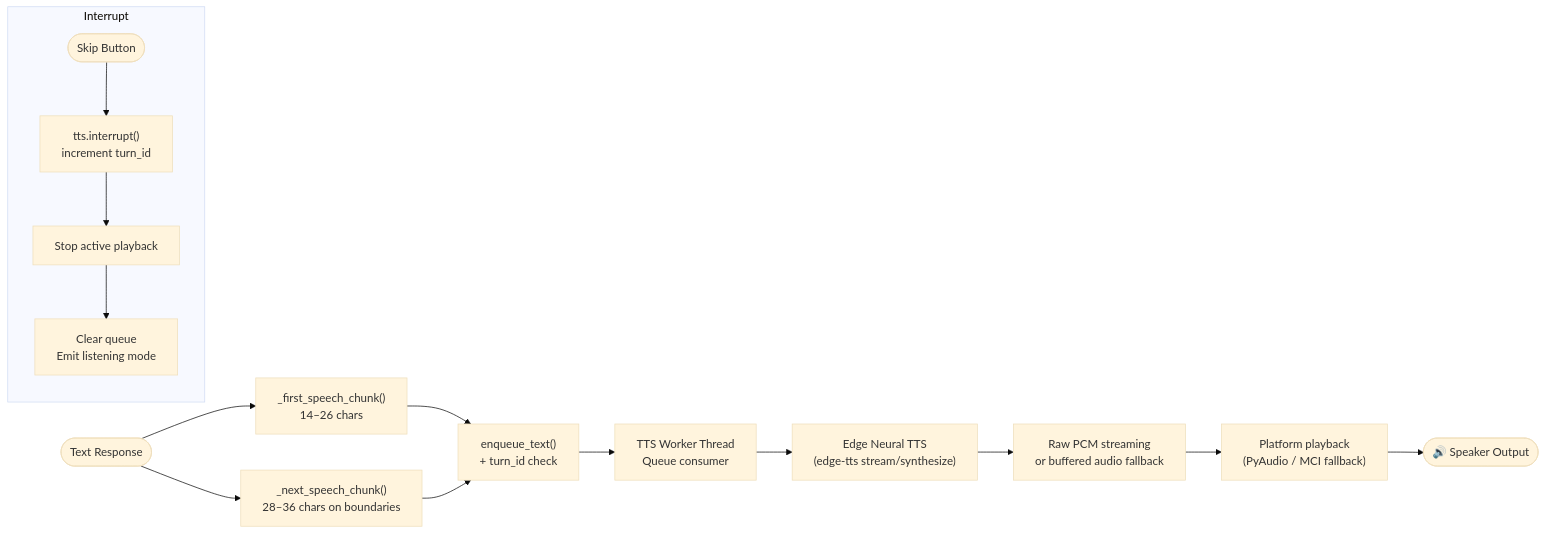
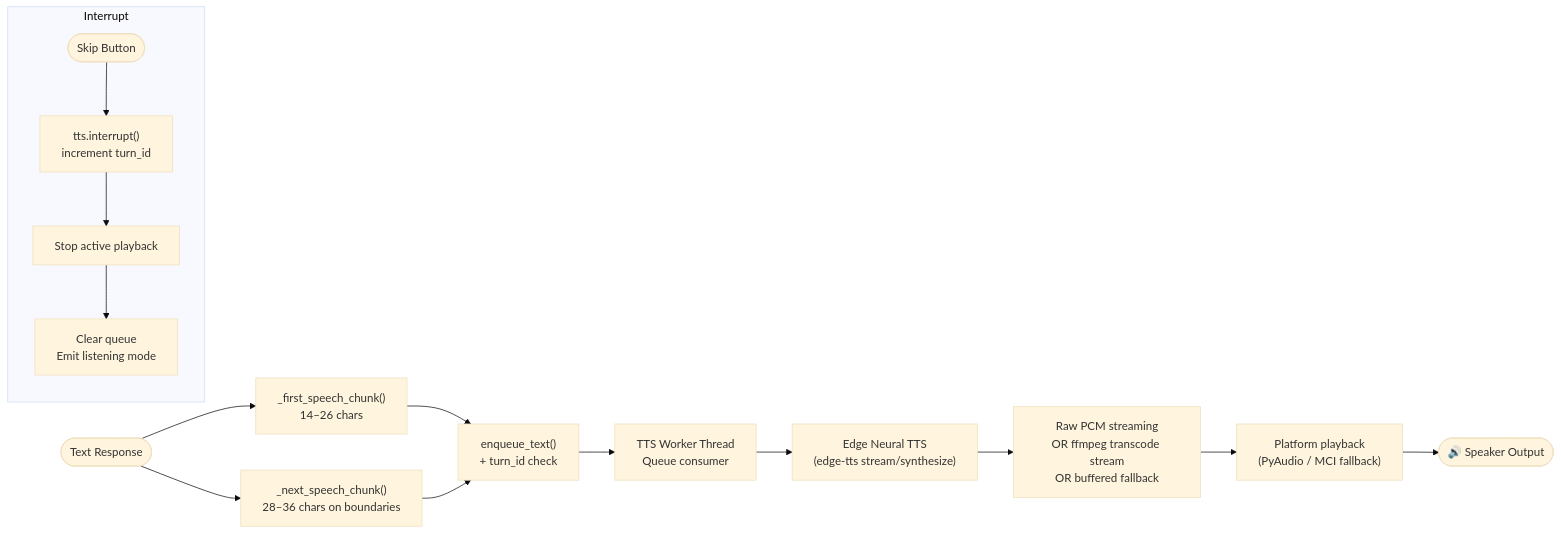
One commit to deepakrakshit/jarvis changed the seventh of 8 diagrams in docs/ARCHITECTURE.md. Above: the diagram before and after it, drawn with Mermaid (base theme). The commit also changed 8 other files, not shown here.

First line of the commit message:
fix(tts): eliminate latency, crackling, and audio truncation with streaming pipeline overhaul

````diff
--- a/docs/ARCHITECTURE.md
+++ b/docs/ARCHITECTURE.md
@@ -209,19 +209,19 @@
 ```mermaid
 flowchart LR
     A(["Text Response"]) --> B["_first_speech_chunk()\n14–26 chars"]
     B --> C["enqueue_text()\n+ turn_id check"]
     C --> D["TTS Worker Thread\nQueue consumer"]
     D --> E["Edge Neural TTS\n(edge-tts stream/synthesize)"]
-    E --> F["Raw PCM streaming\nor buffered audio fallback"]
+    E --> F["Raw PCM streaming\nOR ffmpeg transcode stream\nOR buffered fallback"]
     F --> G["Platform playback\n(PyAudio / MCI fallback)"]
     G --> H(["🔊 Speaker Output"])
 
     A --> I["_next_speech_chunk()\n28–36 chars on boundaries"]
     I --> C
 
     subgraph Interrupt
         J(["Skip Button"]) --> K["tts.interrupt()\nincrement turn_id"]
         K --> L["Stop active playback"]
         L --> M["Clear queue\nEmit listening mode"]
     end
 ```
````
